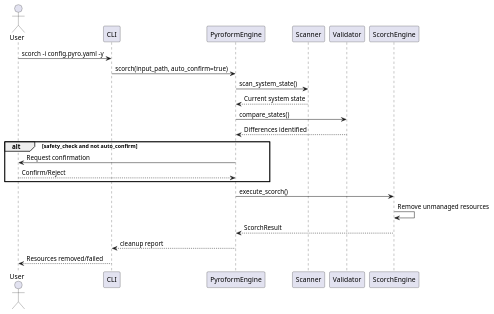
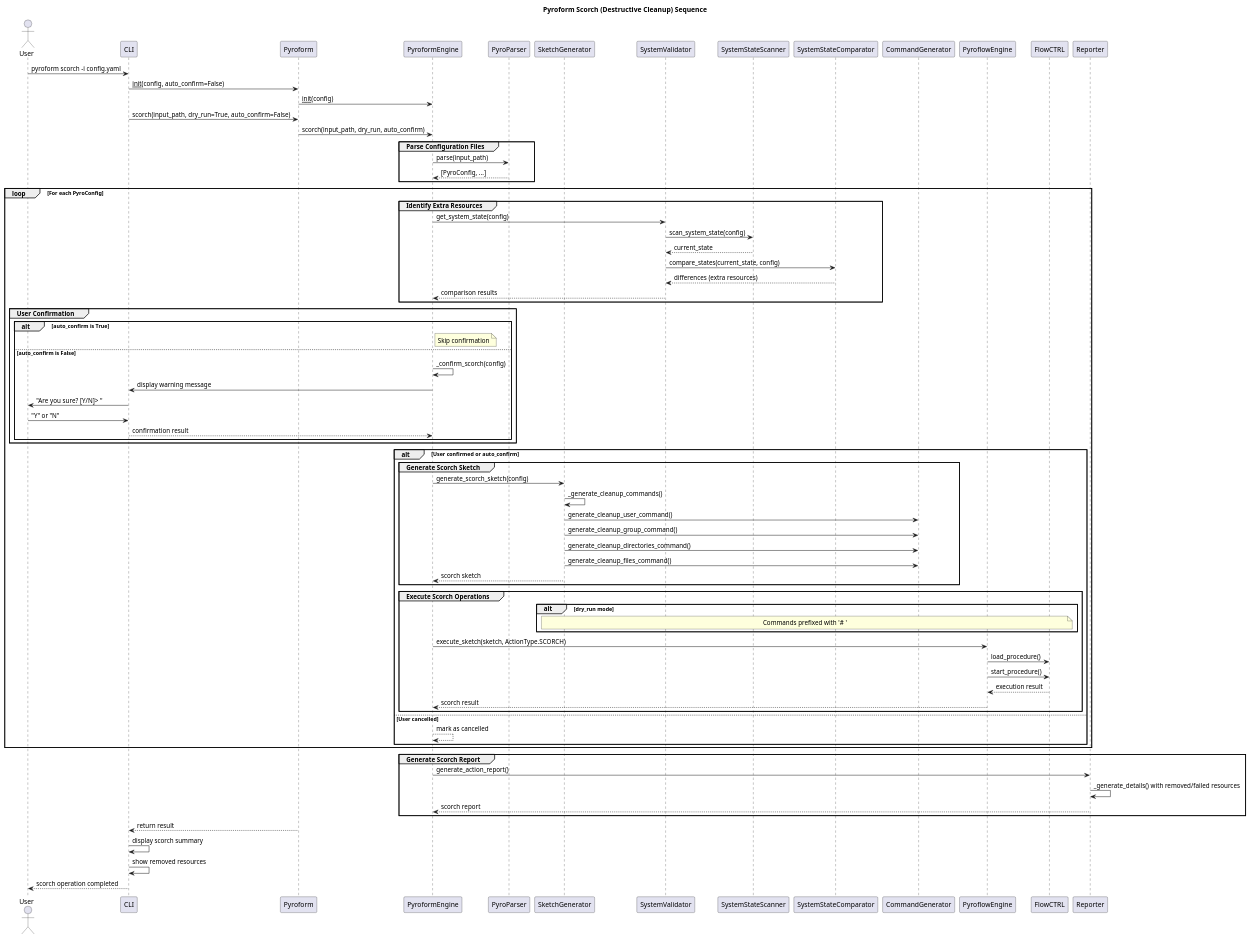
Before and after one commit to Del-Tango/Pyroform: the diagram in pyroform/dox/Diagrams/pyroform_action_scorch.puml, drawn with PlantUML. The commit also changed 24 other files, not shown here.

Commit message:
Updated README and project dox with diagrams.

```diff
--- a/pyroform/dox/Diagrams/pyroform_action_scorch.puml
+++ b/pyroform/dox/Diagrams/pyroform_action_scorch.puml
@@ -1,24 +1,89 @@
-@startuml
+@startuml Pyroform_Scorch_Sequence
+title Pyroform Scorch (Destructive Cleanup) Sequence
+
 actor User
 participant CLI
+participant Pyroform
 participant PyroformEngine
-participant Scanner
-participant Validator
-participant ScorchEngine
+participant PyroParser
+participant SketchGenerator
+participant SystemValidator
+participant SystemStateScanner
+participant SystemStateComparator
+participant CommandGenerator
+participant PyroflowEngine
+participant FlowCTRL
+participant Reporter
 
-User -> CLI: scorch -i config.pyro.yaml -y
-CLI -> PyroformEngine: scorch(input_path, auto_confirm=true)
-PyroformEngine -> Scanner: scan_system_state()
-Scanner --> PyroformEngine: Current system state
-PyroformEngine -> Validator: compare_states()
-Validator --> PyroformEngine: Differences identified
-alt safety_check and not auto_confirm
-    PyroformEngine -> User: Request confirmation
-    User --> PyroformEngine: Confirm/Reject
+User -> CLI: pyroform scorch -i config.yaml
+CLI -> Pyroform: __init__(config, auto_confirm=False)
+Pyroform -> PyroformEngine: __init__(config)
+
+CLI -> Pyroform: scorch(input_path, dry_run=True, auto_confirm=False)
+Pyroform -> PyroformEngine: scorch(input_path, dry_run, auto_confirm)
+
+group Parse Configuration Files
+    PyroformEngine -> PyroParser: parse(input_path)
+    PyroParser --> PyroformEngine: [PyroConfig, ...]
 end
-PyroformEngine -> ScorchEngine: execute_scorch()
-ScorchEngine -> ScorchEngine: Remove unmanaged resources
-ScorchEngine --> PyroformEngine: ScorchResult
-PyroformEngine --> CLI: cleanup report
-CLI --> User: Resources removed/failed
+
+loop For each PyroConfig
+    group Identify Extra Resources
+        PyroformEngine -> SystemValidator: get_system_state(config)
+        SystemValidator -> SystemStateScanner: scan_system_state(config)
+        SystemStateScanner --> SystemValidator: current_state
+        SystemValidator -> SystemStateComparator: compare_states(current_state, config)
+        SystemStateComparator --> SystemValidator: differences (extra resources)
+        SystemValidator --> PyroformEngine: comparison results
+    end
+
+    group User Confirmation
+        alt auto_confirm is True
+            note right of PyroformEngine: Skip confirmation
+        else auto_confirm is False
+            PyroformEngine -> PyroformEngine: _confirm_scorch(config)
+            PyroformEngine -> CLI: display warning message
+            CLI -> User: "Are you sure? [Y/N]> "
+            User -> CLI: "Y" or "N"
+            CLI --> PyroformEngine: confirmation result
+        end
+    end
+
+    alt User confirmed or auto_confirm
+        group Generate Scorch Sketch
+            PyroformEngine -> SketchGenerator: generate_scorch_sketch(config)
+            SketchGenerator -> SketchGenerator: _generate_cleanup_commands()
+            SketchGenerator -> CommandGenerator: generate_cleanup_user_command()
+            SketchGenerator -> CommandGenerator: generate_cleanup_group_command()
+            SketchGenerator -> CommandGenerator: generate_cleanup_directories_command()
+            SketchGenerator -> CommandGenerator: generate_cleanup_files_command()
+            SketchGenerator --> PyroformEngine: scorch sketch
+        end
+
+        group Execute Scorch Operations
+            alt dry_run mode
+                note over SketchGenerator,FlowCTRL: Commands prefixed with '# '
+            end
+            PyroformEngine -> PyroflowEngine: execute_sketch(sketch, ActionType.SCORCH)
+            PyroflowEngine -> FlowCTRL: load_procedure()
+            PyroflowEngine -> FlowCTRL: start_procedure()
+            FlowCTRL --> PyroflowEngine: execution result
+            PyroflowEngine --> PyroformEngine: scorch result
+        end
+    else User cancelled
+        PyroformEngine --> PyroformEngine: mark as cancelled
+    end
+end
+
+group Generate Scorch Report
+    PyroformEngine -> Reporter: generate_action_report()
+    Reporter -> Reporter: _generate_details() with removed/failed resources
+    Reporter --> PyroformEngine: scorch report
+end
+
+Pyroform --> CLI: return result
+CLI -> CLI: display scorch summary
+CLI -> CLI: show removed resources
+CLI --> User: scorch operation completed
+
 @enduml
```
